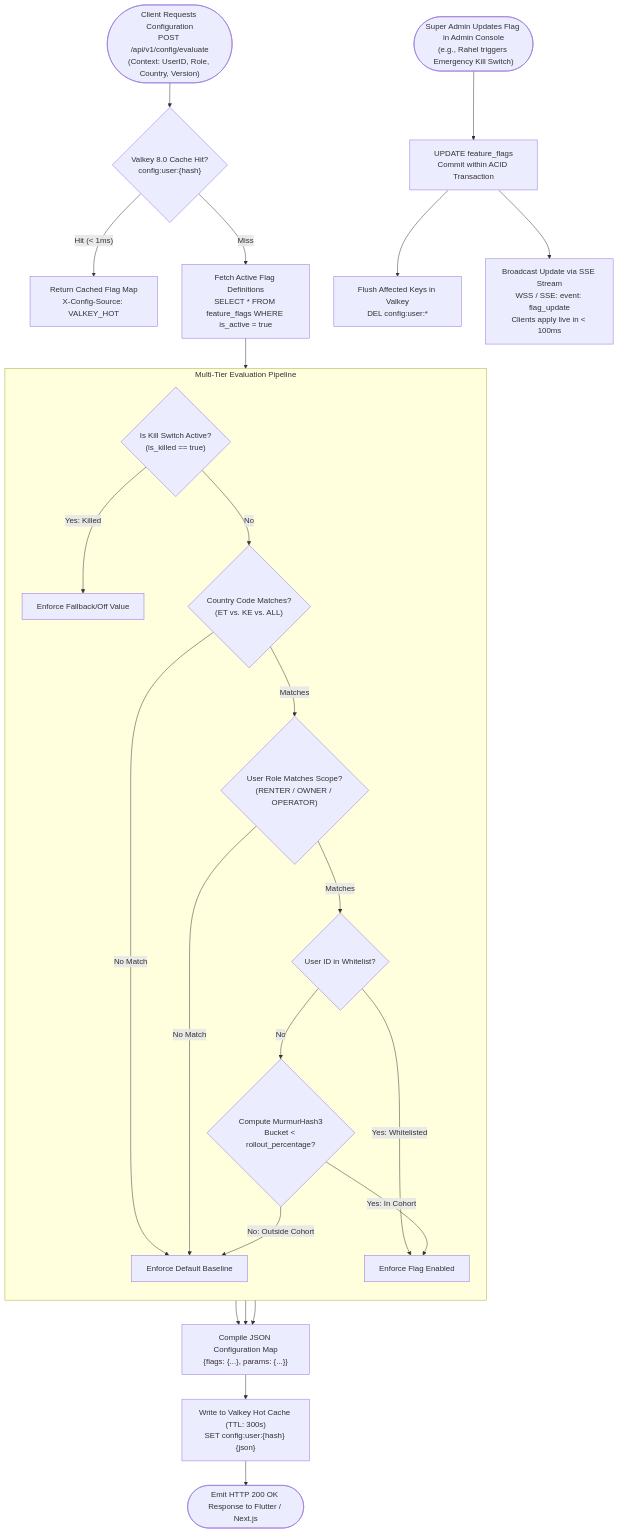
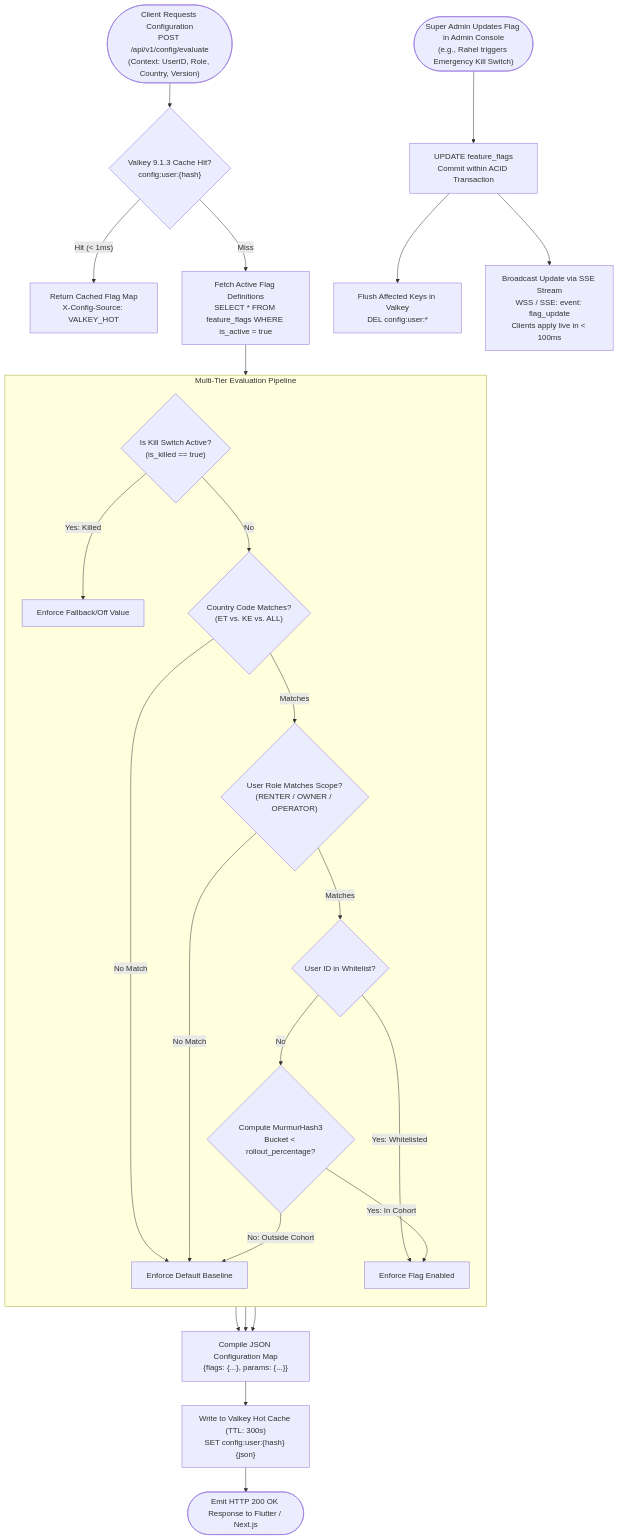
The first of 3 diagrams in docs/shared/requirements/05-21-feature-flagging-remote-configuration.md (YDink/Heavy-Machinery-Logistics-Rental), drawn with Mermaid before and after one commit. The commit also changed other lines of this file and 212 other files, not shown here.

````diff
--- a/docs/shared/requirements/05-21-feature-flagging-remote-configuration.md
+++ b/docs/shared/requirements/05-21-feature-flagging-remote-configuration.md
@@ -86,42 +86,42 @@
 ```mermaid
 flowchart TD
-    ConfigReq(["Client Requests Configuration<br/>POST /api/v1/config/evaluate<br/>(Context: UserID, Role, Country, Version)"]) --> EdgeCacheCheck{"Valkey 8.0 Cache Hit?<br/>config:user:{hash}"}
+    ConfigReq(["Client Requests Configuration<br/>POST /api/v1/config/evaluate<br/>(Context: UserID, Role, Country, Version)"]) --> EdgeCacheCheck{"Valkey 9.1.3 Cache Hit?<br/>config:user:{hash}"}
     
     EdgeCacheCheck -->|"Hit (< 1ms)"| ReturnCached["Return Cached Flag Map<br/>X-Config-Source: VALKEY_HOT"]
     
     EdgeCacheCheck -->|"Miss"| FetchDefinitions["Fetch Active Flag Definitions<br/>SELECT * FROM feature_flags WHERE is_active = true"]
     
     FetchDefinitions --> EvalPipeline["Execute Multi-Tier Evaluation Pipeline"]
     
     subgraph EvalPipeline["Multi-Tier Evaluation Pipeline"]
         direction TB
         KillSwitchCheck{"Is Kill Switch Active?<br/>(is_killed == true)"}
         KillSwitchCheck -->|"Yes: Killed"| ReturnKilledValue["Enforce Fallback/Off Value"]
         
         KillSwitchCheck -->|"No"| TargetCountryCheck{"Country Code Matches?<br/>(ET vs. KE vs. ALL)"}
         TargetCountryCheck -->|"No Match"| ReturnDefault["Enforce Default Baseline"]
         
         TargetCountryCheck -->|"Matches"| TargetRoleCheck{"User Role Matches Scope?<br/>(RENTER / OWNER / OPERATOR)"}
         TargetRoleCheck -->|"No Match"| ReturnDefault
         
         TargetRoleCheck -->|"Matches"| SpecificUserCheck{"User ID in Whitelist?"}
         SpecificUserCheck -->|"Yes: Whitelisted"| ReturnEnabled["Enforce Flag Enabled"]
         
         SpecificUserCheck -->|"No"| PercentageCheck{"Compute MurmurHash3<br/>Bucket < rollout_percentage?"}
         PercentageCheck -->|"Yes: In Cohort"| ReturnEnabled
         PercentageCheck -->|"No: Outside Cohort"| ReturnDefault
     end
     
     ReturnKilledValue --> AggregatePayload["Compile JSON Configuration Map<br/>{flags: {...}, params: {...}}"]
     ReturnDefault --> AggregatePayload
     ReturnEnabled --> AggregatePayload
     
     AggregatePayload --> SaveHotCache["Write to Valkey Hot Cache (TTL: 300s)<br/>SET config:user:{hash} {json}"]
     SaveHotCache --> ReturnClient(["Emit HTTP 200 OK Response to Flutter / Next.js"])
     
     AdminMutation(["Super Admin Updates Flag in Admin Console<br/>(e.g., Rahel triggers Emergency Kill Switch)"]) --> CommitDB["UPDATE feature_flags<br/>Commit within ACID Transaction"]
     
     CommitDB --> InvalidateValkey["Flush Affected Keys in Valkey<br/>DEL config:user:*"]
     
     CommitDB --> PublishSSE["Broadcast Update via SSE Stream<br/>WSS / SSE: event: flag_update<br/>Clients apply live in < 100ms"]
 ```
````
